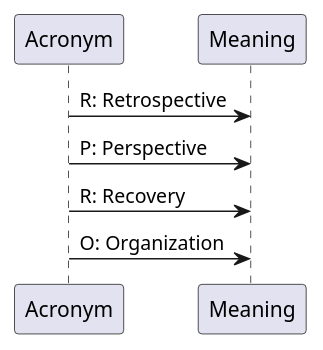
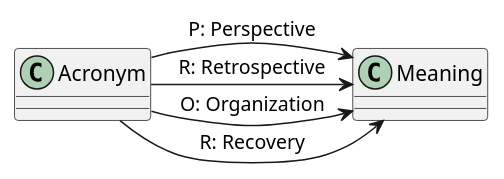
Before and after one commit to RPRO-Project/RPRO_entity_141217: the diagram in about_us.puml, drawn with PlantUML.

```diff
--- a/about_us.puml
+++ b/about_us.puml
@@ -1,6 +1,10 @@
 @startuml
+
+top to bottom direction
+
 Acronym->Meaning: R: Retrospective
 Acronym->Meaning: P: Perspective
 Acronym->Meaning: R: Recovery
 Acronym->Meaning: O: Organization
+
 @enduml
```
